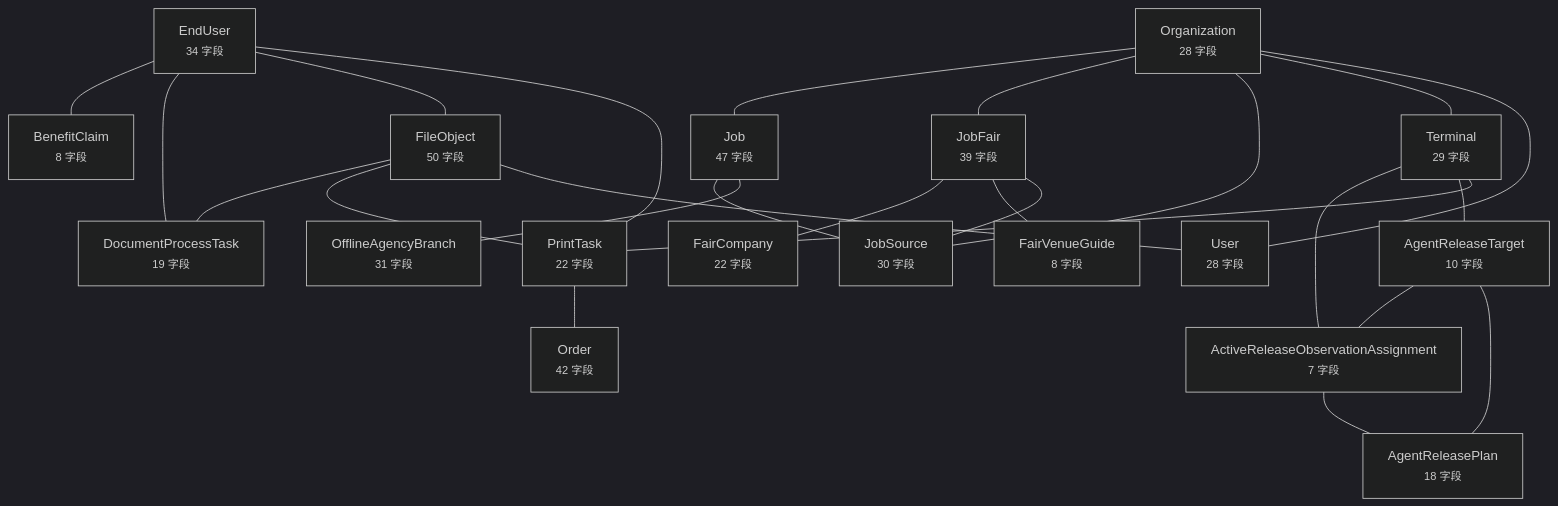
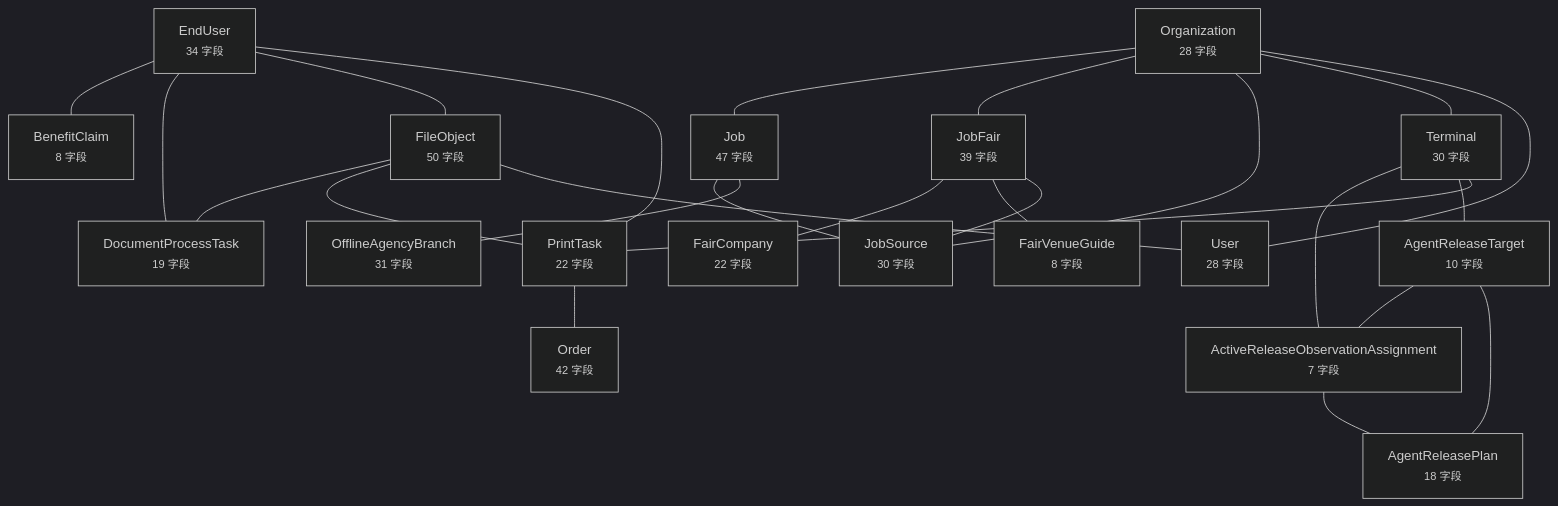
The diagram in docs/graph/data-model.md (wanglei581/YITIJI), drawn with Mermaid (dark theme) before and after one commit. The commit also changed other lines of this file and 33 other files, not shown here.

````diff
--- a/docs/graph/data-model.md
+++ b/docs/graph/data-model.md
@@ -10,45 +10,45 @@
 ```mermaid
 flowchart TD
   EndUser["EndUser<br/><small>34 字段</small>"]
   Organization["Organization<br/><small>28 字段</small>"]
-  Terminal["Terminal<br/><small>29 字段</small>"]
+  Terminal["Terminal<br/><small>30 字段</small>"]
   FileObject["FileObject<br/><small>50 字段</small>"]
   Job["Job<br/><small>47 字段</small>"]
   JobFair["JobFair<br/><small>39 字段</small>"]
   JobSource["JobSource<br/><small>30 字段</small>"]
   User["User<br/><small>28 字段</small>"]
   PrintTask["PrintTask<br/><small>22 字段</small>"]
   AgentReleaseTarget["AgentReleaseTarget<br/><small>10 字段</small>"]
   Order["Order<br/><small>42 字段</small>"]
   ActiveReleaseObservationAssignment["ActiveReleaseObservationAssignment<br/><small>7 字段</small>"]
   AgentReleasePlan["AgentReleasePlan<br/><small>18 字段</small>"]
   BenefitClaim["BenefitClaim<br/><small>8 字段</small>"]
   DocumentProcessTask["DocumentProcessTask<br/><small>19 字段</small>"]
   FairCompany["FairCompany<br/><small>22 字段</small>"]
   FairVenueGuide["FairVenueGuide<br/><small>8 字段</small>"]
   OfflineAgencyBranch["OfflineAgencyBranch<br/><small>31 字段</small>"]
   EndUser --- BenefitClaim
   EndUser --- DocumentProcessTask
   EndUser --- FileObject
   EndUser --- PrintTask
   Organization --- Job
   Organization --- JobFair
   Organization --- JobSource
   Organization --- Terminal
   Organization --- User
   Terminal --- ActiveReleaseObservationAssignment
   Terminal --- AgentReleaseTarget
   Terminal --- PrintTask
   FileObject --- DocumentProcessTask
   FileObject --- PrintTask
   FileObject --- User
   Job --- JobSource
   Job --- OfflineAgencyBranch
   JobFair --- FairCompany
   JobFair --- FairVenueGuide
   JobFair --- JobSource
   PrintTask --- Order
   AgentReleaseTarget --- ActiveReleaseObservationAssignment
   AgentReleaseTarget --- AgentReleasePlan
   ActiveReleaseObservationAssignment --- AgentReleasePlan
 ```
````
